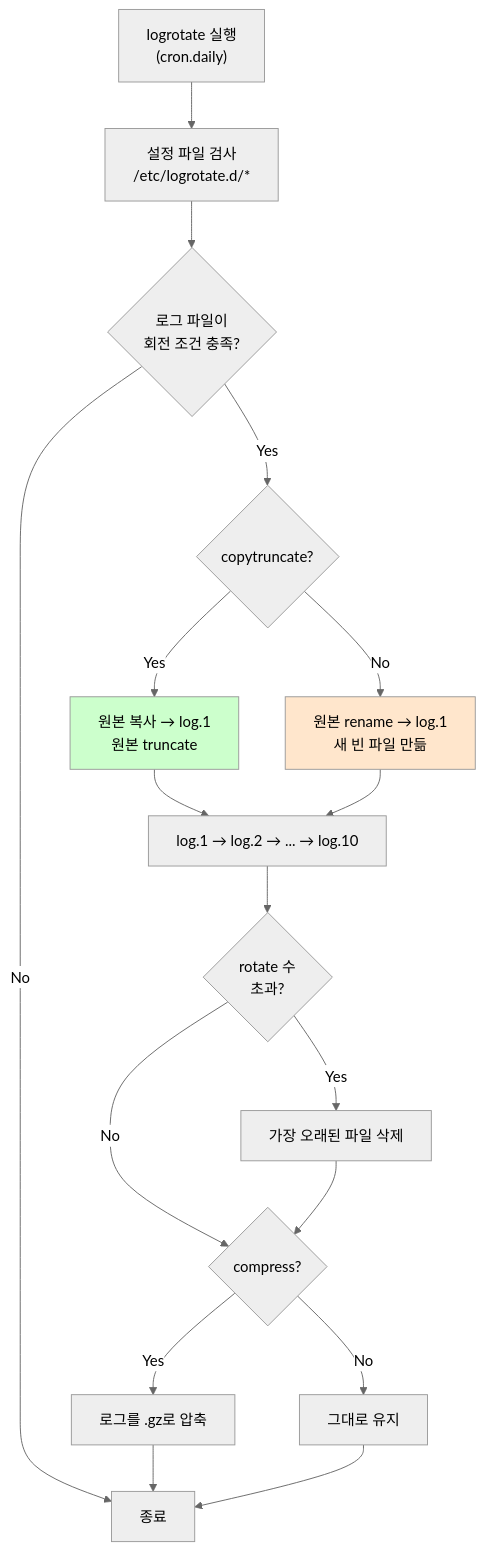
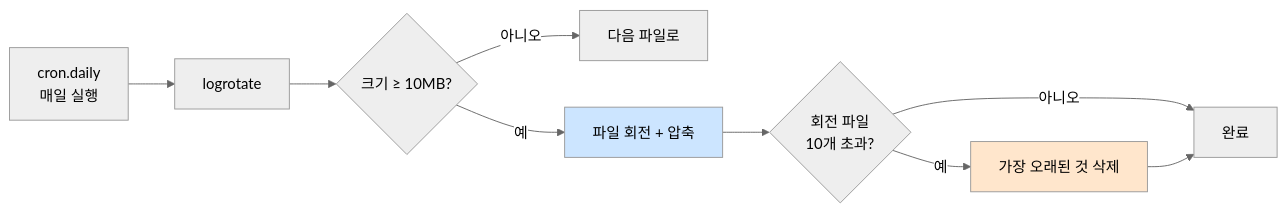
Before and after one commit to codewhite7777/codyssey_notes: the diagram in codyssey_b1_1_study/log-rotation.md, drawn with Mermaid (neutral theme). The commit also changed other lines of this file and 4 other files, not shown here.

First line of the commit message:
docs(batch1): cron·log·CPU·MEM·DISK 5개 노트 학습자 친화 재작성

````diff
--- a/codyssey_b1_1_study/log-rotation.md
+++ b/codyssey_b1_1_study/log-rotation.md
@@ -50,22 +144,14 @@
 ```mermaid
-flowchart TD
-    A["logrotate 실행<br/>(cron.daily)"] --> B["설정 파일 검사<br/>/etc/logrotate.d/*"]
-    B --> C{로그 파일이<br/>회전 조건 충족?}
-    C -->|No| Z[종료]
-    C -->|Yes| D{copytruncate?}
-    D -->|Yes| E[원본 복사 → log.1<br/>원본 truncate]
-    D -->|No| F[원본 rename → log.1<br/>새 빈 파일 만듦]
-    E --> G[log.1 → log.2 → ... → log.10]
-    F --> G
-    G --> H{rotate 수<br/>초과?}
-    H -->|Yes| I[가장 오래된 파일 삭제]
-    H -->|No| J{compress?}
-    I --> J
-    J -->|Yes| K["로그를 .gz로 압축"]
-    J -->|No| L[그대로 유지]
-    K --> Z
-    L --> Z
+flowchart LR
+    A["cron.daily<br/>매일 실행"] --> B[logrotate]
+    B --> C{크기 ≥ 10MB?}
+    C -->|아니오| D[다음 파일로]
+    C -->|예| E[파일 회전 + 압축]
+    E --> F{회전 파일<br/>10개 초과?}
+    F -->|예| G[가장 오래된 것 삭제]
+    F -->|아니오| H[완료]
+    G --> H
 
-    style E fill:#ccffcc
-    style F fill:#ffe6cc
+    style E fill:#cce5ff
+    style G fill:#ffe6cc
 ```
````
